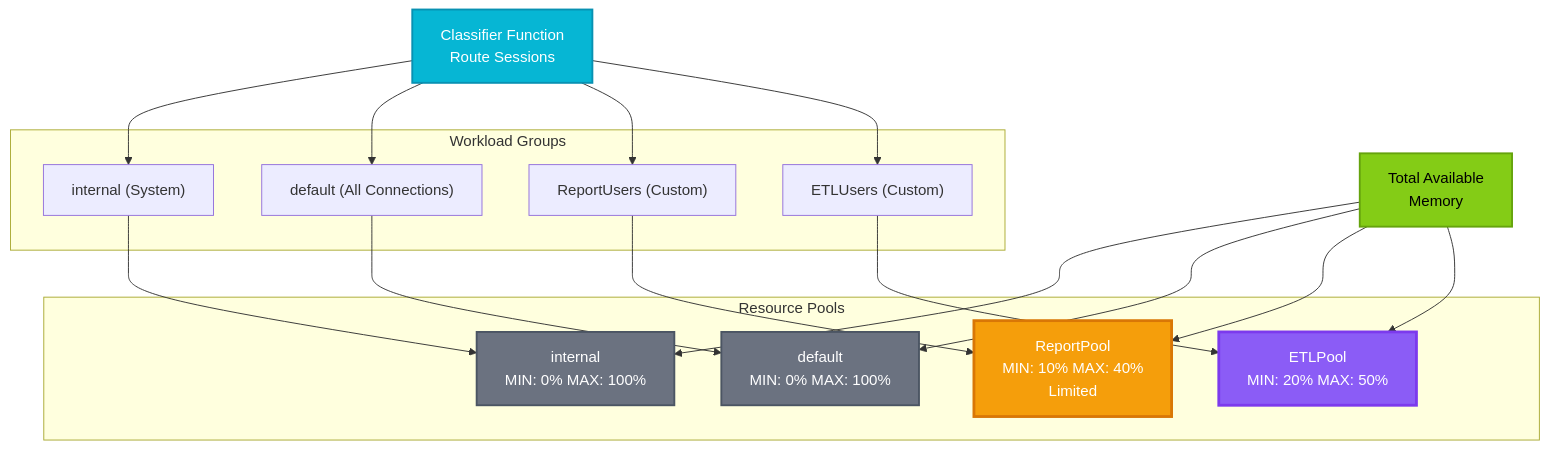
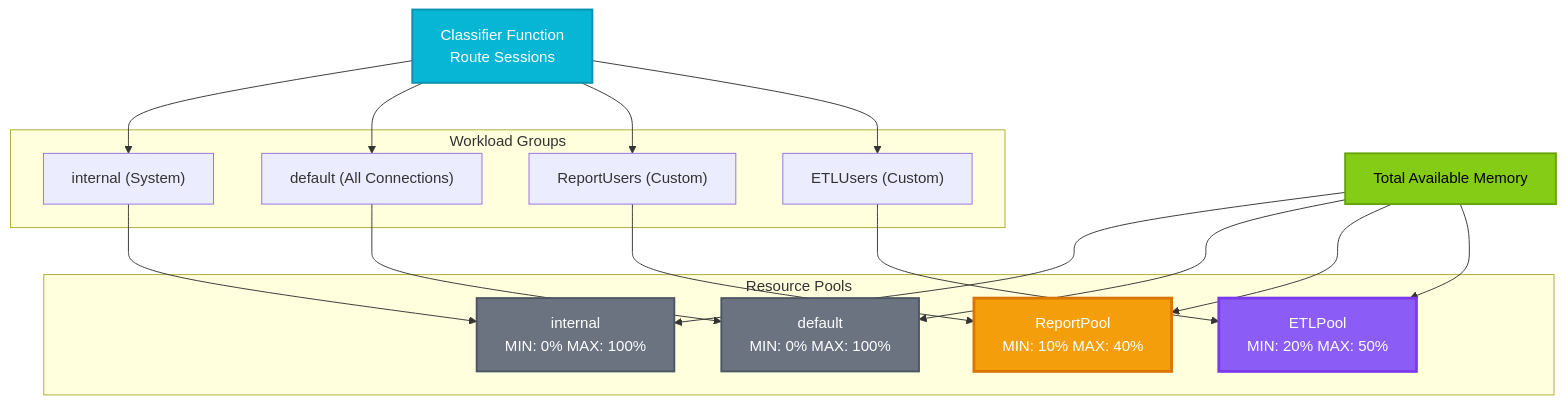
One commit to phakkhaphong/sql-server-performance-tuning changed the fourth of 7 diagrams in Module_04_Memory/README.md. Above: the diagram before and after it, drawn with Mermaid. The commit also changed other lines of this file, not shown here.

Commit message:
Refactor README diagrams for SQL Server Memory Models, improving clarity by standardizing terminology, removing unnecessary HTML line breaks, and enhancing visual spacing for better readability of memory allocation processes and performance metrics.

````diff
--- a/Module_04_Memory/README.md
+++ b/Module_04_Memory/README.md
@@ -195,42 +207,52 @@
 ```mermaid
 flowchart TB
     CF["Classifier Function<br/>Route Sessions"]
+    
+    SpacerRG1[ ]
     
     subgraph WorkloadGroups["Workload Groups"]
         WG1["internal (System)"]
         WG2["default (All Connections)"]
         WG3["ReportUsers (Custom)"]
         WG4["ETLUsers (Custom)"]
     end
     
+    SpacerRG2[ ]
+    
     subgraph ResourcePools["Resource Pools"]
         RP1["internal<br/>MIN: 0% MAX: 100%"]
         RP2["default<br/>MIN: 0% MAX: 100%"]
-        RP3["ReportPool<br/>MIN: 10% MAX: 40%<br/>Limited"]
+        RP3["ReportPool<br/>MIN: 10% MAX: 40%"]
         RP4["ETLPool<br/>MIN: 20% MAX: 50%"]
     end
     
-    TotalMem["Total Available<br/>Memory"]
+    SpacerRG3[ ]
+    
+    TotalMem["Total Available Memory"]
     
     CF --> WG1
     CF --> WG2
     CF --> WG3
     CF --> WG4
     
     WG1 --> RP1
     WG2 --> RP2
     WG3 --> RP3
     WG4 --> RP4
     
     TotalMem --> RP1
     TotalMem --> RP2
     TotalMem --> RP3
     TotalMem --> RP4
     
+    style SpacerRG1 fill:transparent,stroke:transparent,color:transparent
+    style SpacerRG2 fill:transparent,stroke:transparent,color:transparent
+    style SpacerRG3 fill:transparent,stroke:transparent,color:transparent
+    
     style RP3 fill:#f59e0b,stroke:#d97706,stroke-width:3px,color:#fff
     style RP4 fill:#8b5cf6,stroke:#7c3aed,stroke-width:3px,color:#fff
     style RP1 fill:#6b7280,stroke:#4b5563,stroke-width:2px,color:#fff
     style RP2 fill:#6b7280,stroke:#4b5563,stroke-width:2px,color:#fff
     style CF fill:#06b6d4,stroke:#0891b2,stroke-width:2px,color:#fff
     style TotalMem fill:#84cc16,stroke:#65a30d,stroke-width:2px,color:#000
 ```
````
